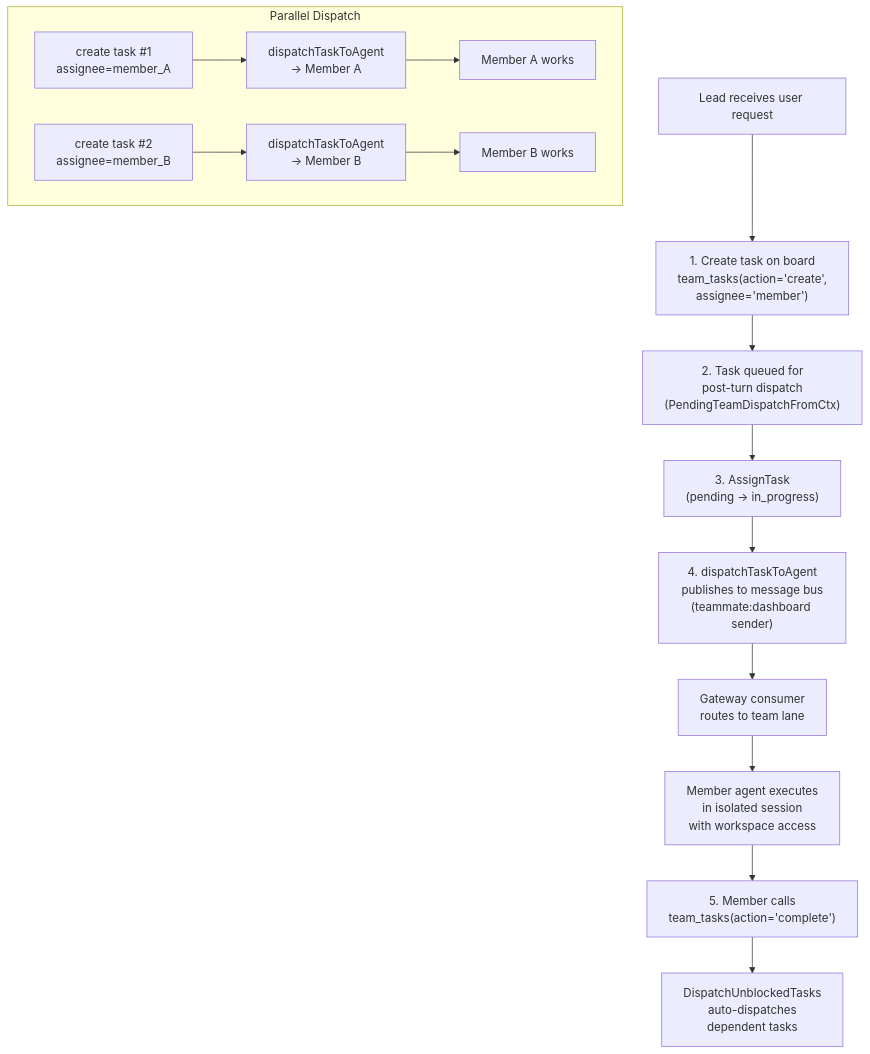
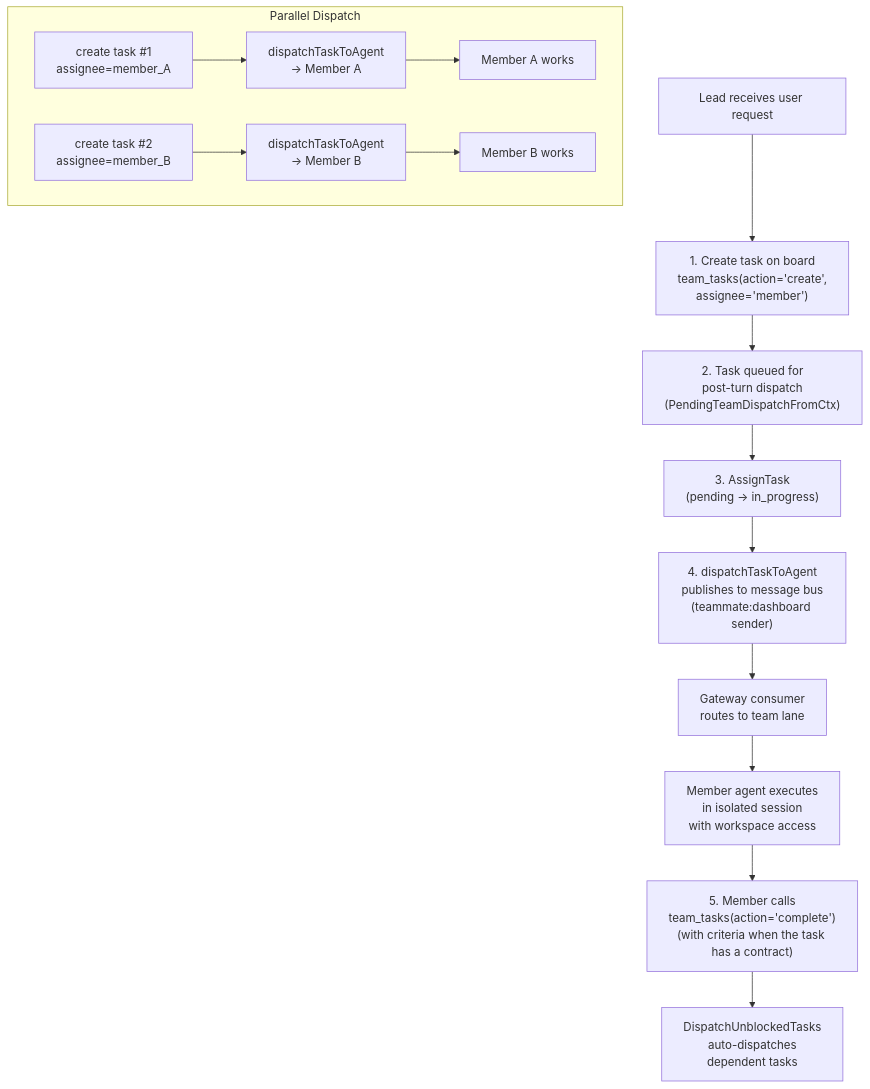
One commit to dxthinh/goclaw changed the fifth of 6 diagrams in docs/11-agent-teams.md. Above: the diagram before and after it, drawn with Mermaid. The commit also changed other lines of this file and 2 other files, not shown here.

First line of the commit message:
docs(teams): mô tả Task Contract, clarify/answer và duyệt của user

````diff
--- a/docs/11-agent-teams.md
+++ b/docs/11-agent-teams.md
@@ -421,18 +456,18 @@
 ```mermaid
 flowchart TD
     LEAD["Lead receives user request"] --> CREATE["1. Create task on board<br/>team_tasks(action='create',<br/>assignee='member')"]
     CREATE --> QUEUE["2. Task queued for<br/>post-turn dispatch<br/>(PendingTeamDispatchFromCtx)"]
     QUEUE --> ASSIGN["3. AssignTask<br/>(pending → in_progress)"]
     ASSIGN --> DISPATCH["4. dispatchTaskToAgent<br/>publishes to message bus<br/>(teammate:dashboard sender)"]
     DISPATCH --> CONSUMER["Gateway consumer<br/>routes to team lane"]
     CONSUMER --> MEMBER["Member agent executes<br/>in isolated session<br/>with workspace access"]
-    MEMBER --> COMPLETE["5. Member calls<br/>team_tasks(action='complete')"]
+    MEMBER --> COMPLETE["5. Member calls<br/>team_tasks(action='complete')<br/>(with criteria when the task has a contract)"]
     COMPLETE --> UNBLOCK["DispatchUnblockedTasks<br/>auto-dispatches<br/>dependent tasks"]
 
     subgraph "Parallel Dispatch"
         CREATE2["create task #1<br/>assignee=member_A"] --> DISPATCH_A["dispatchTaskToAgent<br/>→ Member A"]
         CREATE3["create task #2<br/>assignee=member_B"] --> DISPATCH_B["dispatchTaskToAgent<br/>→ Member B"]
         DISPATCH_A --> RUN_A["Member A works"]
         DISPATCH_B --> RUN_B["Member B works"]
     end
 ```
````
